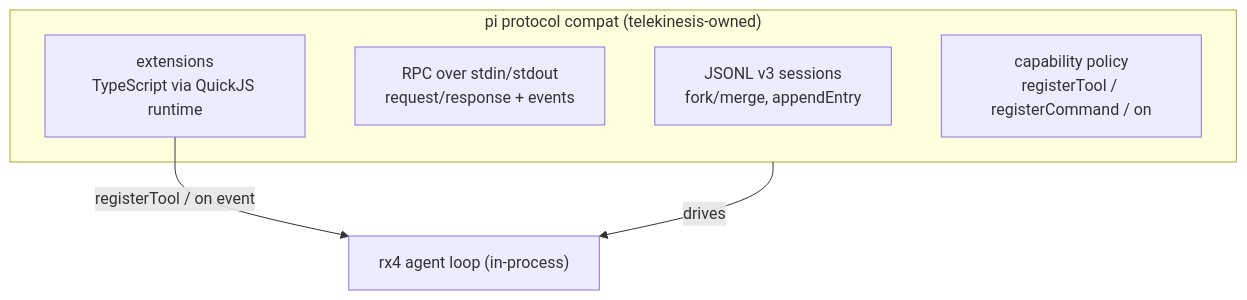
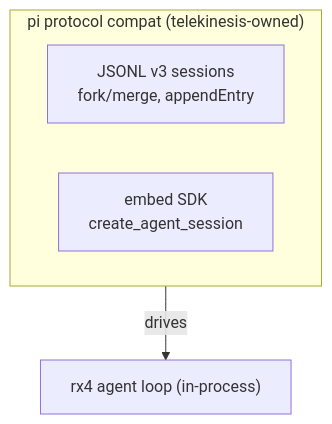
One commit to semitechnological/telekinesis changed the second of 3 diagrams in AGENTS.md. Above: the diagram before and after it, drawn with Mermaid. The commit also changed other lines of this file and 43 other files, not shown here.

````diff
--- a/AGENTS.md
+++ b/AGENTS.md
@@ -54,11 +55,8 @@
 ```mermaid
 flowchart TD
   subgraph Pi["pi protocol compat (telekinesis-owned)"]
     Sess["JSONL v3 sessions<br/>fork/merge, appendEntry"]
-    RPC["RPC over stdin/stdout<br/>request/response + events"]
-    Ext["extensions<br/>TypeScript via QuickJS runtime"]
-    Cap["capability policy<br/>registerTool / registerCommand / on"]
+    Sdk["embed SDK<br/>create_agent_session"]
   end
   Pi -->|drives| RX4["rx4 agent loop (in-process)"]
-  Ext -->|registerTool / on event| RX4
 ```
````
